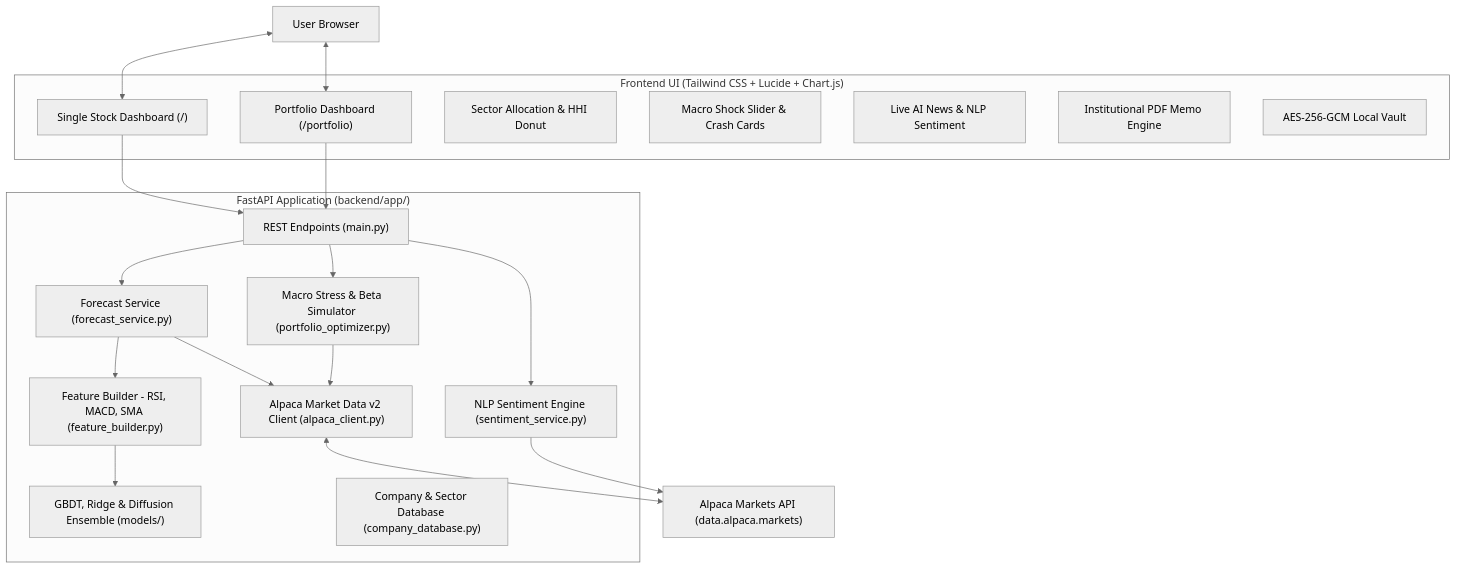
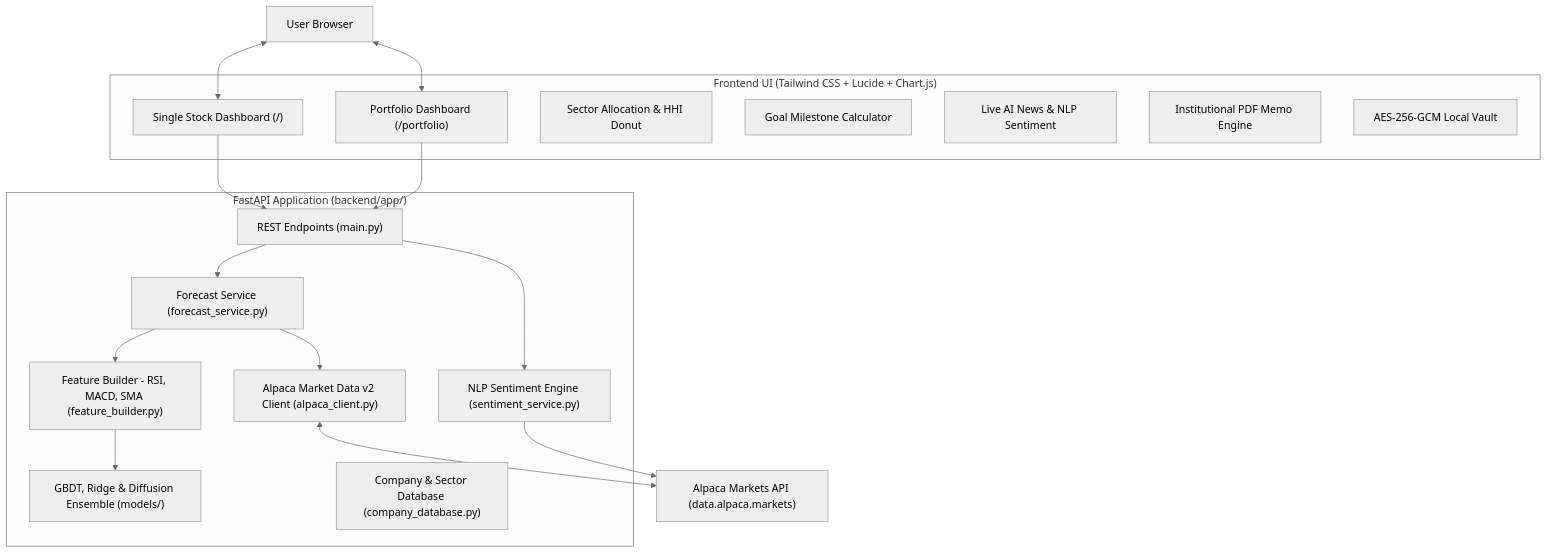
One commit to nik-khurana/stock-forecast changed the diagram in README.md. Above: the diagram before and after it, drawn with Mermaid (neutral theme). The commit also changed other lines of this file and 2 other files, not shown here.

Commit message:
refactor: remove Risk vs Return Matrix and Macro Stress Simulator sections from portfolio

````diff
--- a/README.md
+++ b/README.md
@@ -88,41 +78,38 @@
 ```mermaid
 flowchart TD
     User["User Browser"]
     
     subgraph Frontend ["Frontend UI (Tailwind CSS + Lucide + Chart.js)"]
         SingleStock["Single Stock Dashboard (/)"]
         PortfolioDash["Portfolio Dashboard (/portfolio)"]
         SectorDonut["Sector Allocation & HHI Donut"]
-        SimulatorUI["Macro Shock Slider & Crash Cards"]
+        MilestoneCalc["Goal Milestone Calculator"]
         NewsUI["Live AI News & NLP Sentiment"]
         PDFExport["Institutional PDF Memo Engine"]
         VaultSec["AES-256-GCM Local Vault"]
     end
     
     subgraph Backend ["FastAPI Application (backend/app/)"]
         Router["REST Endpoints (main.py)"]
         ForecastSvc["Forecast Service (forecast_service.py)"]
-        StressEngine["Macro Stress & Beta Simulator (portfolio_optimizer.py)"]
         SentimentSvc["NLP Sentiment Engine (sentiment_service.py)"]
         FeatureEng["Feature Builder - RSI, MACD, SMA (feature_builder.py)"]
         MLModels["GBDT, Ridge & Diffusion Ensemble (models/)"]
         CompanyDB["Company & Sector Database (company_database.py)"]
         AlpacaClient["Alpaca Market Data v2 Client (alpaca_client.py)"]
     end
     
     AlpacaAPI["Alpaca Markets API (data.alpaca.markets)"]
 
     User <--> SingleStock
     User <--> PortfolioDash
     SingleStock --> Router
     PortfolioDash --> Router
     Router --> ForecastSvc
-    Router --> StressEngine
     Router --> SentimentSvc
     ForecastSvc --> FeatureEng
     FeatureEng --> MLModels
     ForecastSvc --> AlpacaClient
-    StressEngine --> AlpacaClient
     SentimentSvc --> AlpacaAPI
     AlpacaClient <--> AlpacaAPI
 ```
````
